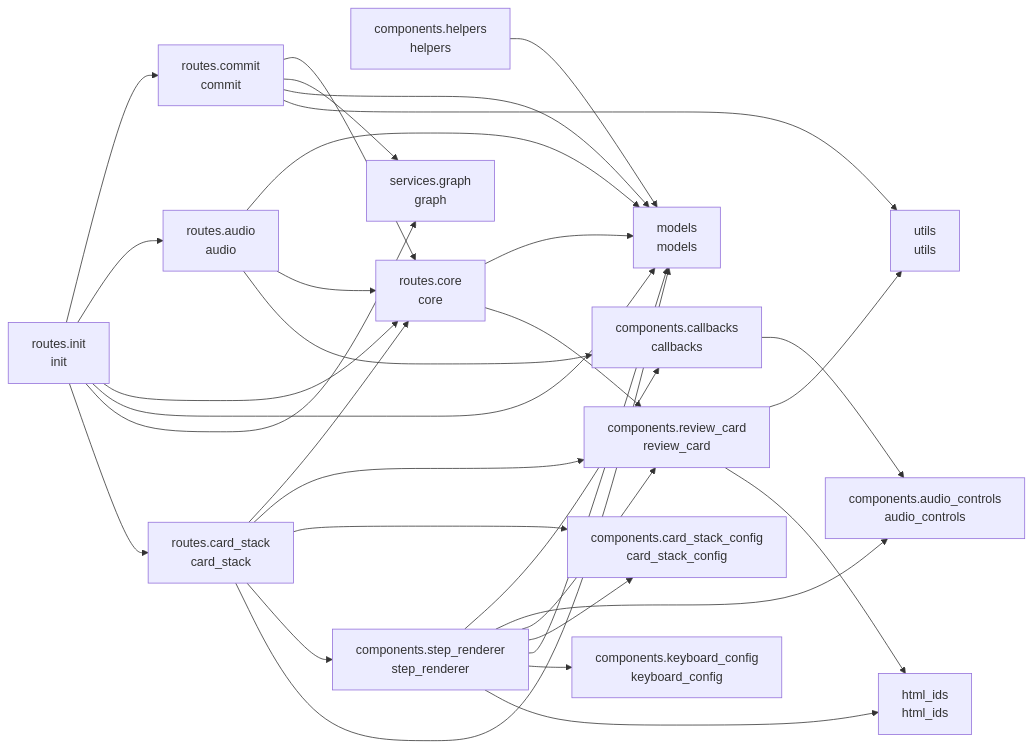
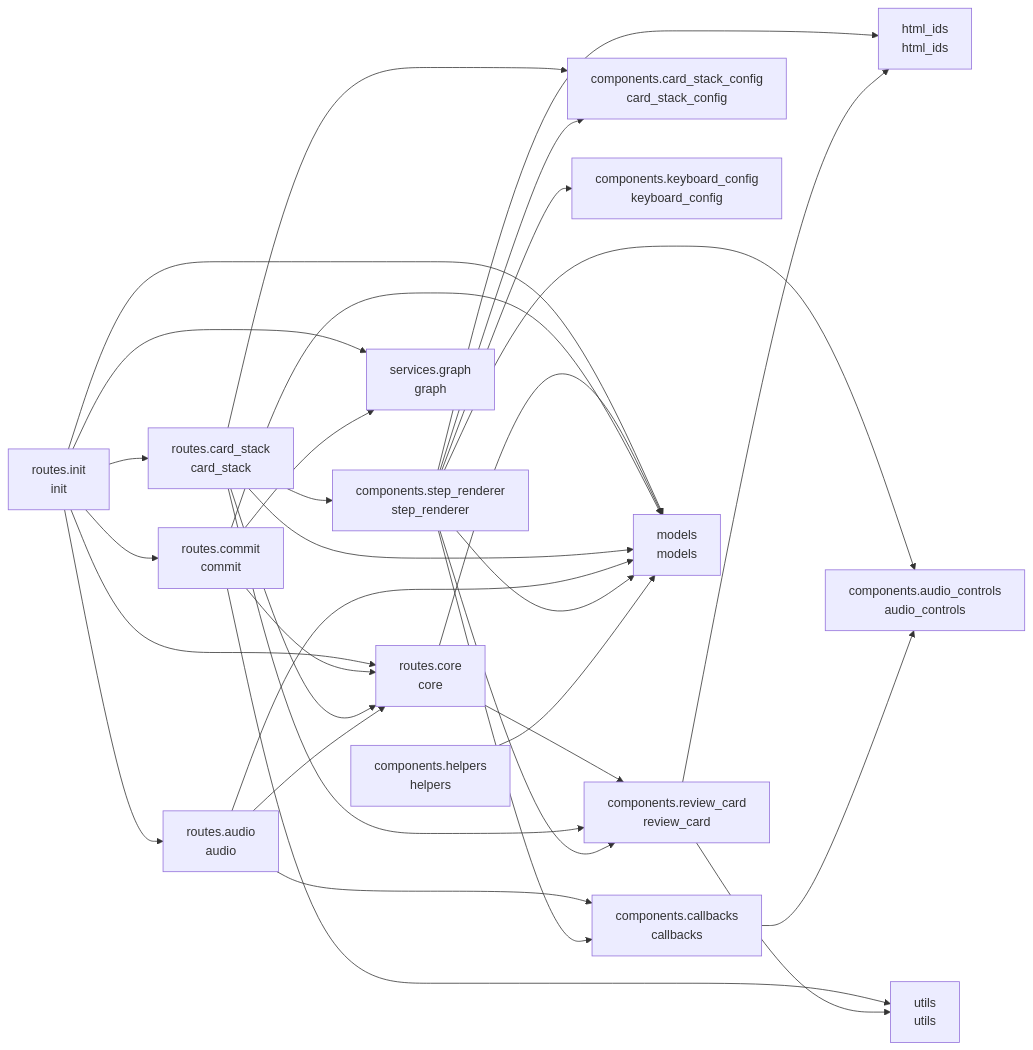
One commit to cj-mills/cjm-transcript-review changed the diagram in README.md. Above: the diagram before and after it, drawn with Mermaid. The commit also changed other lines of this file and 6 other files, not shown here.

````diff
--- a/README.md
+++ b/README.md
@@ -39,51 +39,51 @@
 ``` mermaid
 graph LR
     components_audio_controls[components.audio_controls<br/>audio_controls]
     components_callbacks[components.callbacks<br/>callbacks]
     components_card_stack_config[components.card_stack_config<br/>card_stack_config]
     components_helpers[components.helpers<br/>helpers]
     components_keyboard_config[components.keyboard_config<br/>keyboard_config]
     components_review_card[components.review_card<br/>review_card]
     components_step_renderer[components.step_renderer<br/>step_renderer]
     html_ids[html_ids<br/>html_ids]
     models[models<br/>models]
     routes_audio[routes.audio<br/>audio]
     routes_card_stack[routes.card_stack<br/>card_stack]
     routes_commit[routes.commit<br/>commit]
     routes_core[routes.core<br/>core]
     routes_init[routes.init<br/>init]
     services_graph[services.graph<br/>graph]
     utils[utils<br/>utils]
 
     components_callbacks --> components_audio_controls
     components_helpers --> models
     components_review_card --> utils
     components_review_card --> html_ids
+    components_step_renderer --> models
+    components_step_renderer --> components_card_stack_config
     components_step_renderer --> components_callbacks
+    components_step_renderer --> components_keyboard_config
+    components_step_renderer --> components_review_card
+    components_step_renderer --> html_ids
     components_step_renderer --> components_audio_controls
-    components_step_renderer --> components_review_card
-    components_step_renderer --> components_card_stack_config
-    components_step_renderer --> models
-    components_step_renderer --> components_keyboard_config
-    components_step_renderer --> html_ids
     routes_audio --> models
     routes_audio --> routes_core
     routes_audio --> components_callbacks
+    routes_card_stack --> models
     routes_card_stack --> routes_core
+    routes_card_stack --> components_step_renderer
+    routes_card_stack --> components_card_stack_config
     routes_card_stack --> components_review_card
-    routes_card_stack --> components_card_stack_config
-    routes_card_stack --> components_step_renderer
-    routes_card_stack --> models
-    routes_commit --> routes_core
-    routes_commit --> services_graph
     routes_commit --> models
     routes_commit --> utils
+    routes_commit --> services_graph
+    routes_commit --> routes_core
     routes_core --> models
     routes_core --> components_review_card
+    routes_init --> models
+    routes_init --> routes_core
+    routes_init --> services_graph
+    routes_init --> routes_card_stack
     routes_init --> routes_commit
     routes_init --> routes_audio
-    routes_init --> routes_core
-    routes_init --> models
-    routes_init --> services_graph
-    routes_init --> routes_card_stack
 ```
````
